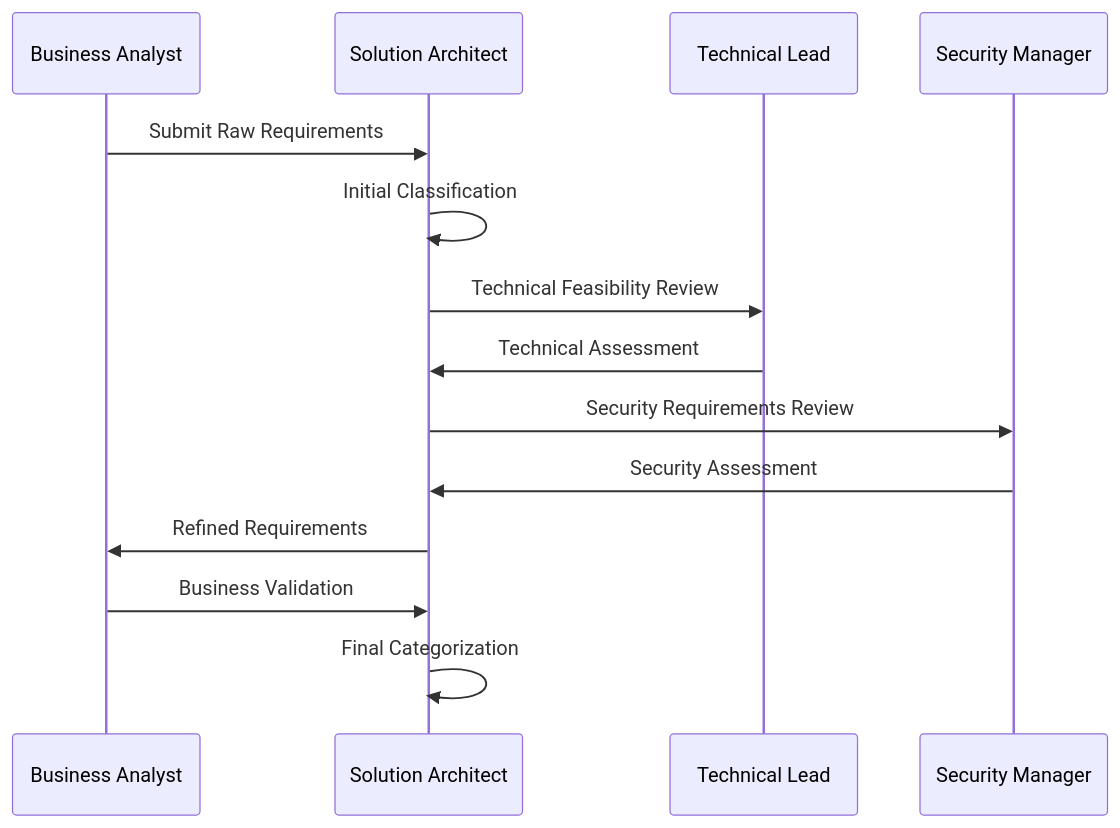
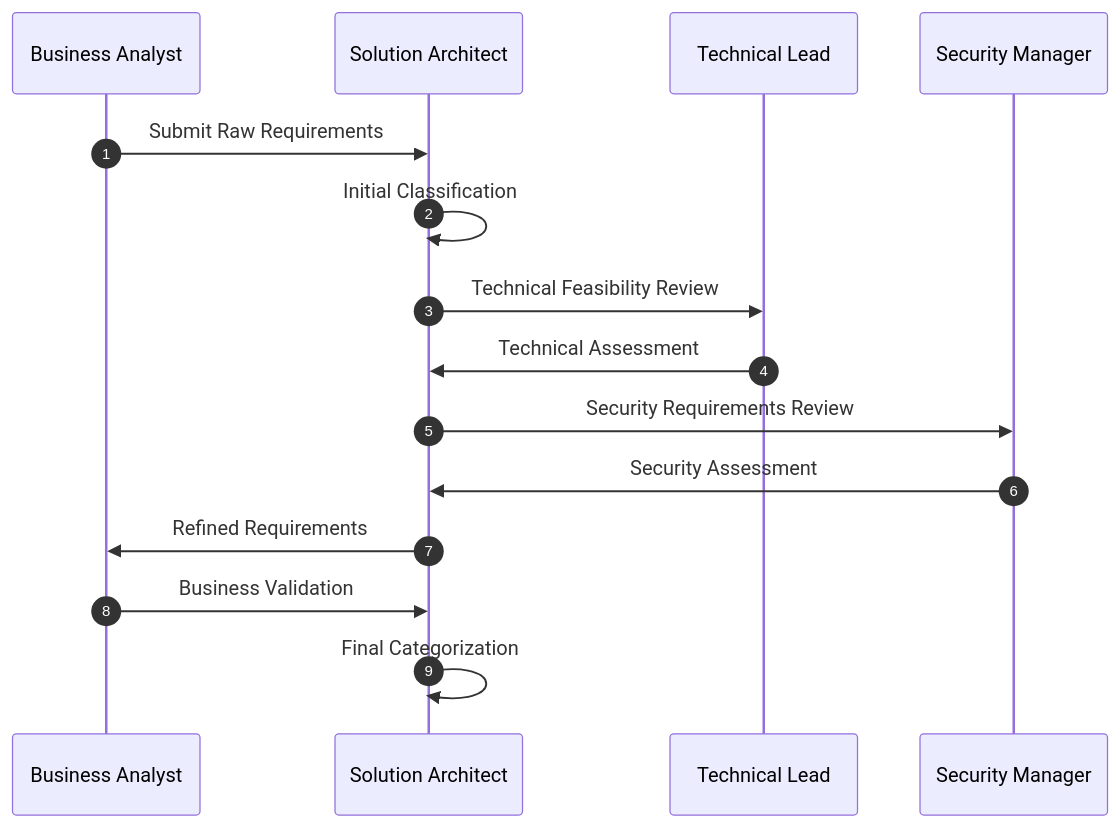
The fourth of 6 diagrams in wiki/reference-library/guidelines-and-techniques/requirements-engineering/Non-Functional Requirements Processing.md (itweedie/DeveloperLandingZonePattern), drawn with Mermaid before and after one commit. The commit also changed other lines of this file, not shown here.

Commit message:
Add autonumbering to sequence diagram and clean up outdated content in Non-Functional Requirements Processing document

````diff
--- a/wiki/reference-library/guidelines-and-techniques/requirements-engineering/Non-Functional Requirements Processing.md
+++ b/wiki/reference-library/guidelines-and-techniques/requirements-engineering/Non-Functional Requirements Processing.md
@@ -187,17 +187,18 @@
 ```mermaid
 sequenceDiagram
+    autonumber
     participant BA as Business Analyst
     participant SA as Solution Architect
     participant TL as Technical Lead
     participant SM as Security Manager
     
     BA->>SA: Submit Raw Requirements
     SA->>SA: Initial Classification
     SA->>TL: Technical Feasibility Review
     TL->>SA: Technical Assessment
     SA->>SM: Security Requirements Review
     SM->>SA: Security Assessment
     SA->>BA: Refined Requirements
     BA->>SA: Business Validation
     SA->>SA: Final Categorization
 ```
````
